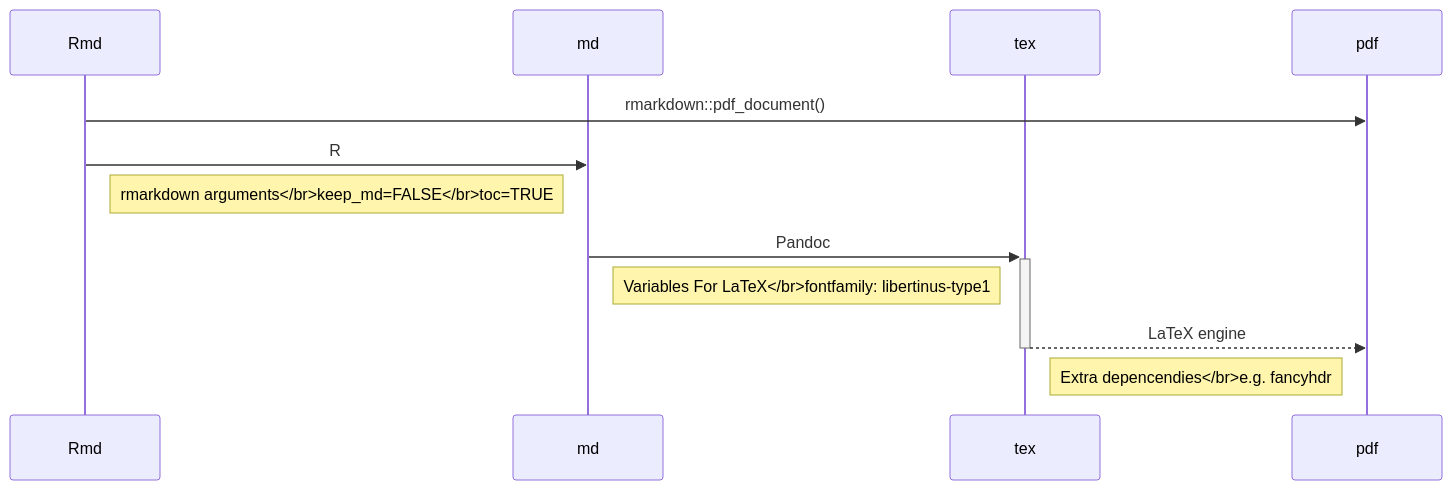
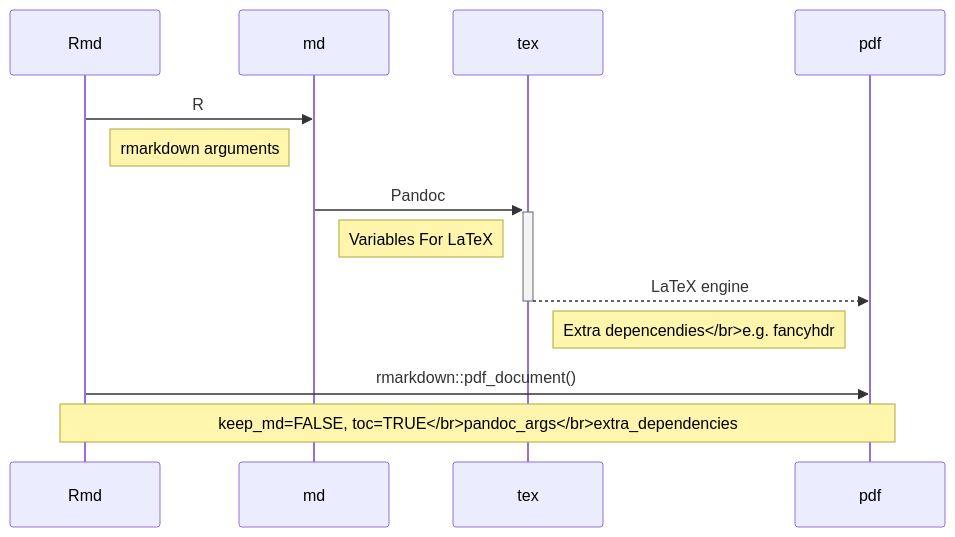
Before and after one commit to FCACollin/guide: the third of 3 diagrams in content/rmd_to_pdf/rmd2pdf_01.md, drawn with Mermaid. The commit also changed other lines of this file and 20 other files, not shown here.

```diff
--- a/content/rmd_to_pdf/rmd2pdf_01.md
+++ b/content/rmd_to_pdf/rmd2pdf_01.md
@@ -217,14 +218,15 @@
 {{<mermaid align="left">}}
 sequenceDiagram
     participant Rmd
     participant md
     participant tex
     participant pdf
-    Rmd->>pdf: rmarkdown::pdf_document()
     Rmd->>md: R
-    Note right of Rmd: rmarkdown arguments</br>keep_md=FALSE</br>toc=TRUE
+    Note right of Rmd: rmarkdown arguments
     md->>+tex: Pandoc
-    Note right of md: Variables For LaTeX</br>fontfamily: libertinus-type1
+    Note right of md: Variables For LaTeX
     tex-->>-pdf: LaTeX engine
     Note right of tex: Extra depencendies</br>e.g. fancyhdr
+    Rmd->>pdf: rmarkdown::pdf_document()
+    Note over Rmd,pdf: keep_md=FALSE, toc=TRUE</br>pandoc_args</br>extra_dependencies
 {{< /mermaid >}}
```
